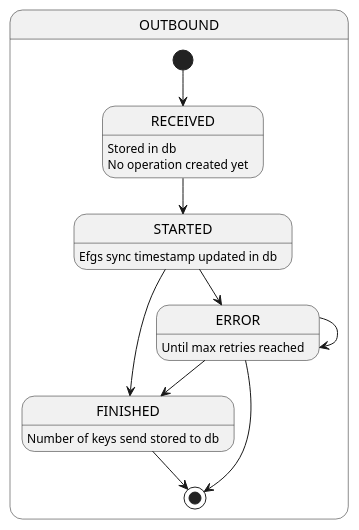
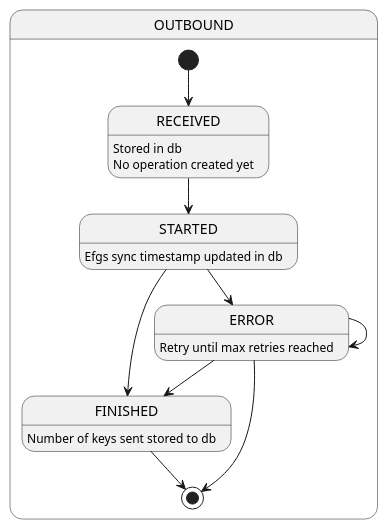
The diagram in documentation/plantuml/efgs_outbound.pu (THLfi/koronavilkku-backend), drawn with PlantUML before and after one commit. The commit also changed 4 other files, not shown here.

```diff
--- a/documentation/plantuml/efgs_outbound.pu
+++ b/documentation/plantuml/efgs_outbound.pu
@@ -1,18 +1,18 @@
 @startuml
 
 state OUTBOUND {
     [*] --> RECEIVED
     RECEIVED : Stored in db
     RECEIVED : No operation created yet
     RECEIVED --> STARTED
     STARTED --> FINISHED
     STARTED --> ERROR
     STARTED : Efgs sync timestamp updated in db
     ERROR --> FINISHED
     ERROR --> ERROR
-    ERROR : Until max retries reached
-    FINISHED : Number of keys send stored to db
+    ERROR : Retry until max retries reached
+    FINISHED : Number of keys sent stored to db
     FINISHED --> [*]
     ERROR --> [*]
 }
 @enduml
```
